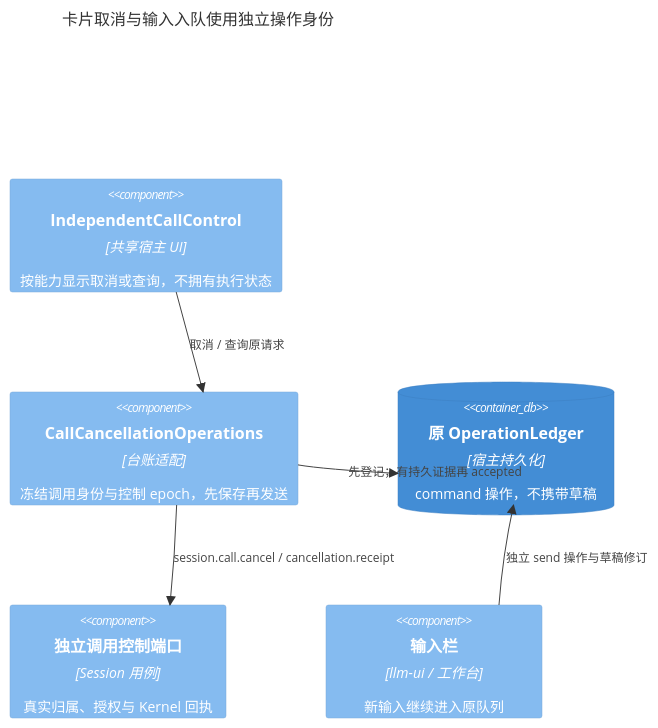
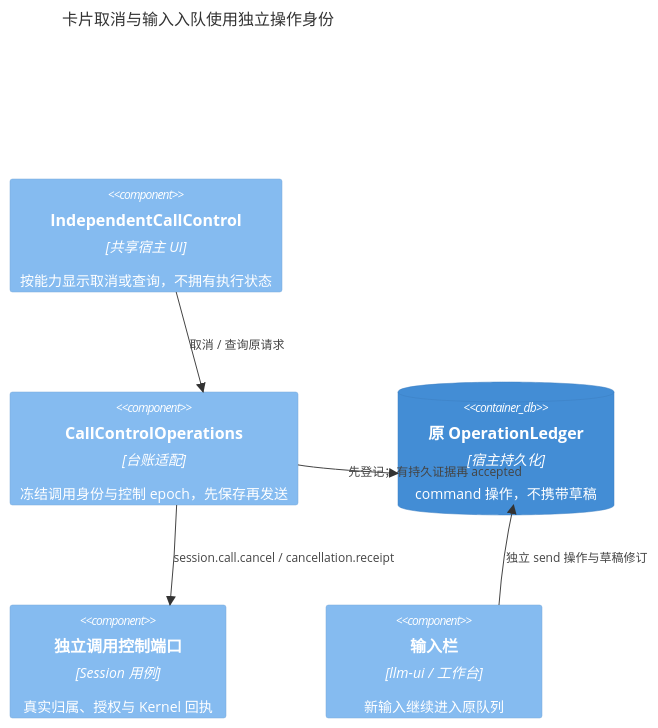
Before and after one commit to mushuanli/NestOS: diagram 35 of 37 in doc/design/functional-merge-plan.md, drawn with Mermaid. The commit also changed other lines of this file and 11 other files, not shown here.

````diff
--- a/doc/design/functional-merge-plan.md
+++ b/doc/design/functional-merge-plan.md
@@ -1125,13 +1125,13 @@
 ```mermaid
 C4Component
   title 卡片取消与输入入队使用独立操作身份
   Component(card, "IndependentCallControl", "共享宿主 UI", "按能力显示取消或查询，不拥有执行状态")
-  Component(ops, "CallCancellationOperations", "台账适配", "冻结调用身份与控制 epoch，先保存再发送")
+  Component(ops, "CallControlOperations", "台账适配", "冻结调用身份与控制 epoch，先保存再发送")
   ContainerDb(ledger, "原 OperationLedger", "宿主持久化", "command 操作，不携带草稿")
   Component(host, "独立调用控制端口", "Session 用例", "真实归属、授权与 Kernel 回执")
   Component(composer, "输入栏", "llm-ui / 工作台", "新输入继续进入原队列")
   Rel(card, ops, "取消 / 查询原请求")
   Rel(ops, ledger, "先登记；有持久证据再 accepted")
   Rel(ops, host, "session.call.cancel / cancellation.receipt")
   Rel(composer, ledger, "独立 send 操作与草稿修订")
 ```
````
